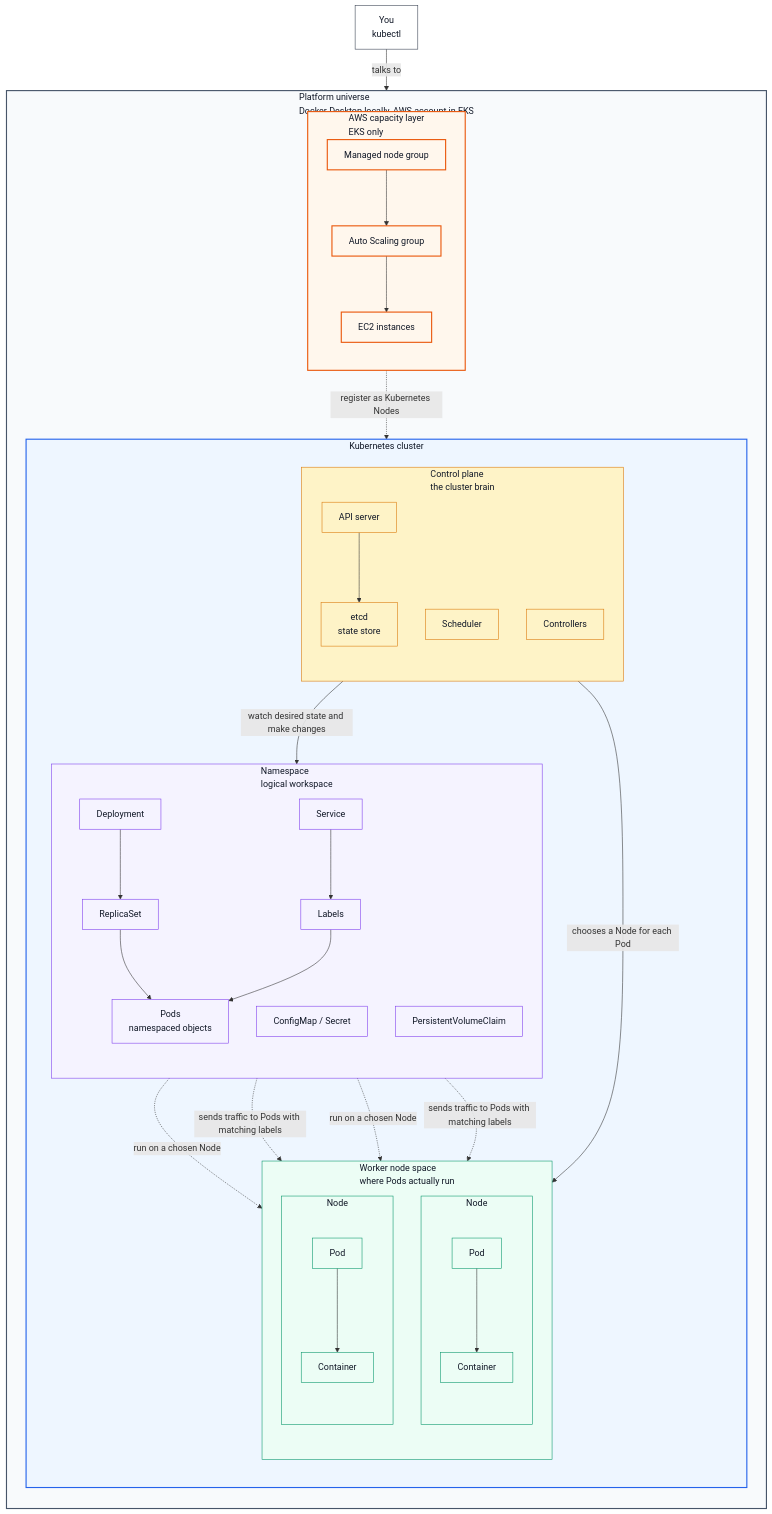
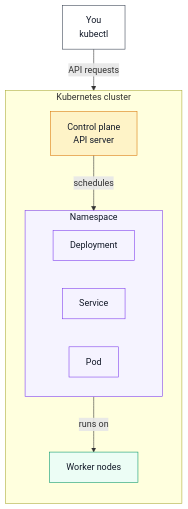
One commit to jimmfan/learn-kubernetes changed the first of 5 diagrams in part-01-local-kubernetes/kubernetes-universe-map.md. Above: the diagram before and after it, drawn with Mermaid. The commit also changed other lines of this file and 2 other files, not shown here.

Commit message:
Add architecture considerations for Apple Silicon and enhance local Kubernetes walkthrough with command breakdowns

````diff
--- a/part-01-local-kubernetes/kubernetes-universe-map.md
+++ b/part-01-local-kubernetes/kubernetes-universe-map.md
@@ -5,84 +36,30 @@
 ```mermaid
 flowchart TB
-  user["You<br/>kubectl"]
+  you["You<br/>kubectl"]
 
-  subgraph universe["Platform universe<br/>Docker Desktop locally, AWS account in EKS"]
+  subgraph cluster["Kubernetes cluster"]
     direction TB
-
-    subgraph aws["AWS capacity layer<br/>EKS only"]
-      direction TB
-      ng["Managed node group"]
-      asg["Auto Scaling group"]
-      ec2["EC2 instances"]
-      ng --> asg --> ec2
+    api["Control plane<br/>API server"]
+    subgraph ns["Namespace"]
+      direction LR
+      deploy["Deployment"]
+      svc["Service"]
+      pod["Pod"]
     end
-
-    subgraph cluster["Kubernetes cluster"]
-      direction TB
-
-      subgraph cp["Control plane<br/>the cluster brain"]
-        direction TB
-        api["API server"]
-        etcd["etcd<br/>state store"]
-        sched["Scheduler"]
-        controllers["Controllers"]
-        api --> etcd
-      end
-
-      subgraph ns["Namespace<br/>logical workspace"]
-        direction TB
-        deploy["Deployment"]
-        rs["ReplicaSet"]
-        svc["Service"]
-        labels["Labels"]
-        config["ConfigMap / Secret"]
-        pvc["PersistentVolumeClaim"]
-        nsPods["Pods<br/>namespaced objects"]
-
-        deploy --> rs --> nsPods
-        svc --> labels --> nsPods
-      end
-
-      subgraph nodeSpace["Worker node space<br/>where Pods actually run"]
-        direction TB
-        subgraph nodeA["Node"]
-          direction TB
-          podA["Pod"]
-          containerA["Container"]
-          podA --> containerA
-        end
-        subgraph nodeB["Node"]
-          direction TB
-          podB["Pod"]
-          containerB["Container"]
-          podB --> containerB
-        end
-      end
-    end
+    nodes["Worker nodes"]
   end
 
-  user -->|"talks to"| api
-  controllers -->|"watch desired state and make changes"| deploy
-  sched -->|"chooses a Node for each Pod"| nodeSpace
-  ec2 -.->|"register as Kubernetes Nodes"| nodeSpace
-  nsPods -.->|"run on a chosen Node"| podA
-  nsPods -.->|"run on a chosen Node"| podB
-  svc -.->|"sends traffic to Pods with matching labels"| podA
-  svc -.->|"sends traffic to Pods with matching labels"| podB
+  you -->|"API requests"| api
+  api -->|"schedules"| pod
+  pod -->|"runs on"| nodes
 
-  classDef platformBox fill:#f8fafc,stroke:#475569,stroke-width:2px,color:#111827
-  classDef awsBox fill:#fff7ed,stroke:#ea580c,stroke-width:2px,color:#111827
-  classDef clusterBox fill:#eef6ff,stroke:#2563eb,stroke-width:2px,color:#111827
   classDef controlBox fill:#fef3c7,stroke:#d97706,stroke-width:1px,color:#111827
   classDef nodeBox fill:#ecfdf5,stroke:#059669,stroke-width:1px,color:#111827
   classDef namespaceBox fill:#f5f3ff,stroke:#7c3aed,stroke-width:1px,color:#111827
   classDef objectBox fill:#ffffff,stroke:#374151,stroke-width:1px,color:#111827
 
-  class universe platformBox
-  class aws,ng,asg,ec2 awsBox
-  class cluster clusterBox
-  class cp,api,sched,controllers,etcd controlBox
-  class nodeSpace,nodeA,nodeB,podA,podB,containerA,containerB nodeBox
-  class ns,deploy,rs,svc,labels,config,pvc,nsPods namespaceBox
-  class user objectBox
+  class api controlBox
+  class nodes nodeBox
+  class ns,deploy,svc,pod namespaceBox
+  class you objectBox
 ```
````
